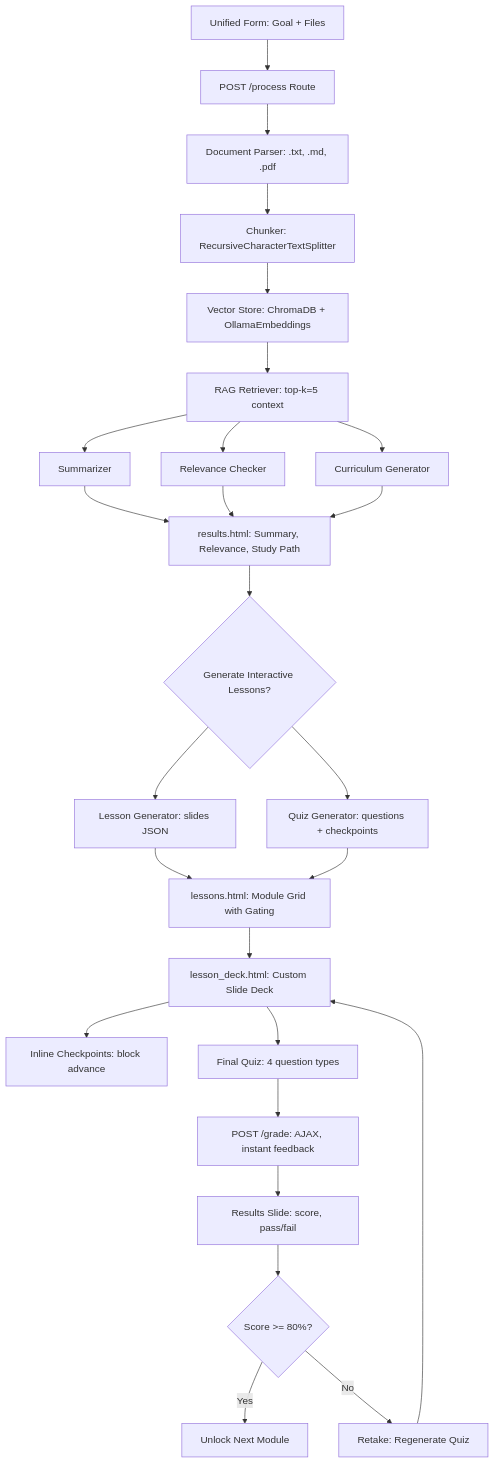
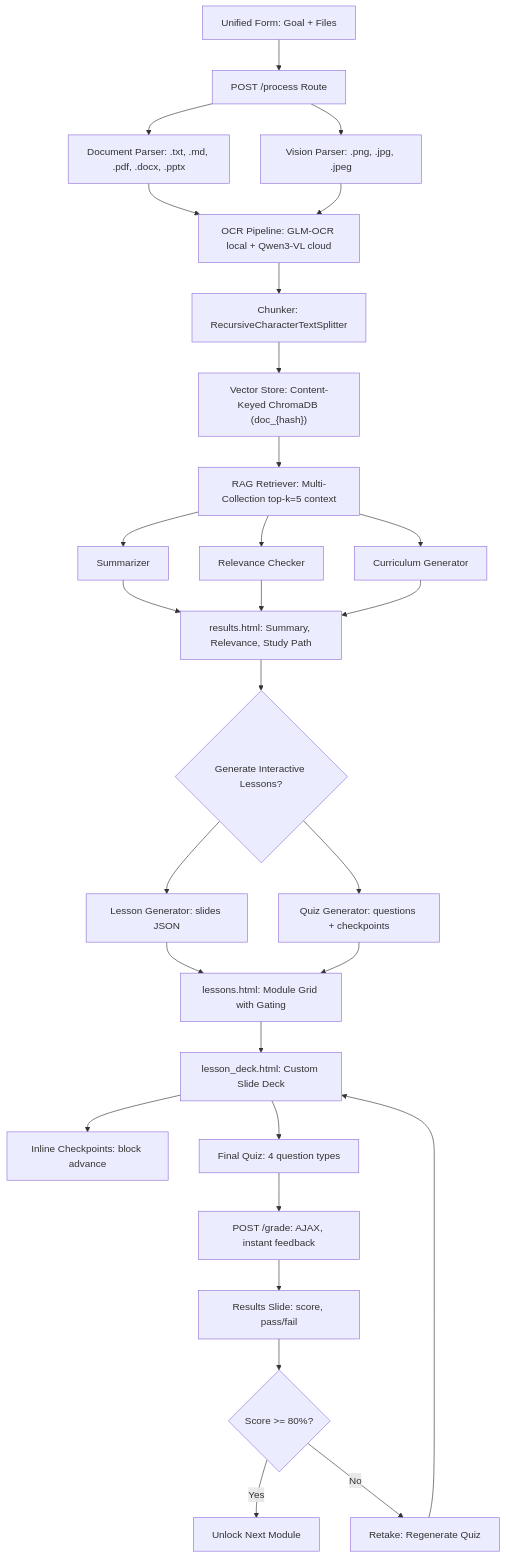
The diagram in docs/DESIGN_AND_TESTING.md (stephen-cpe/study-and-learn), drawn with Mermaid before and after one commit. The commit also changed other lines of this file and 18 other files, not shown here.

````diff
--- a/docs/DESIGN_AND_TESTING.md
+++ b/docs/DESIGN_AND_TESTING.md
@@ -14,28 +14,31 @@
 ```mermaid
 flowchart TD
     A["Unified Form: Goal + Files"] --> B["POST /process Route"]
-    B --> C["Document Parser: .txt, .md, .pdf"]
-    C --> D["Chunker: RecursiveCharacterTextSplitter"]
-    D --> E["Vector Store: ChromaDB + OllamaEmbeddings"]
-    E --> F["RAG Retriever: top-k=5 context"]
+    B --> C["Document Parser: .txt, .md, .pdf, .docx, .pptx"]
+    B --> C2["Vision Parser: .png, .jpg, .jpeg"]
+    C --> C3["OCR Pipeline: GLM-OCR local + Qwen3-VL cloud"]
+    C2 --> C3
+    C3 --> D["Chunker: RecursiveCharacterTextSplitter"]
+    D --> E["Vector Store: Content-Keyed ChromaDB (doc_{hash})"]
+    E --> F["RAG Retriever: Multi-Collection top-k=5 context"]
     F --> G["Summarizer"]
     F --> H["Relevance Checker"]
     F --> I["Curriculum Generator"]
     G --> J["results.html: Summary, Relevance, Study Path"]
     H --> J
     I --> J
     J --> K{"Generate Interactive Lessons?"}
     K --> L["Lesson Generator: slides JSON"]
     K --> M["Quiz Generator: questions + checkpoints"]
     L --> N["lessons.html: Module Grid with Gating"]
     M --> N
     N --> O["lesson_deck.html: Custom Slide Deck"]
     O --> P["Inline Checkpoints: block advance"]
     O --> Q["Final Quiz: 4 question types"]
     Q --> R["POST /grade: AJAX, instant feedback"]
     R --> S["Results Slide: score, pass/fail"]
     S --> T{"Score >= 80%?"}
     T -->|Yes| U["Unlock Next Module"]
     T -->|No| V["Retake: Regenerate Quiz"]
     V --> O
 ```
````
